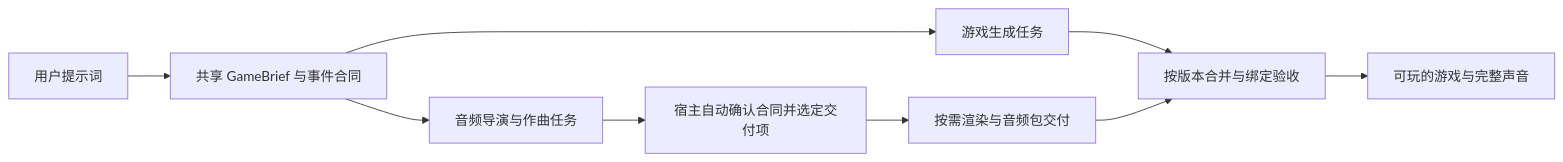
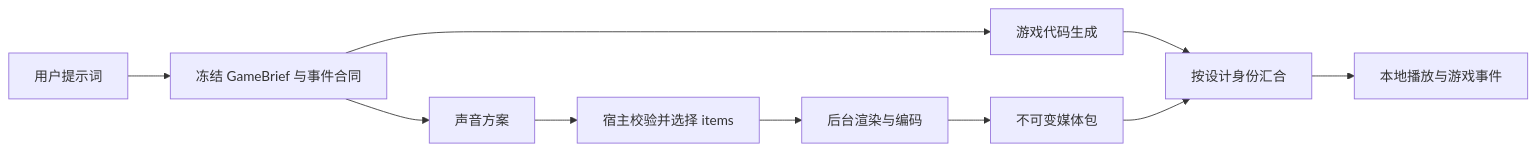
One commit to hsiaozzz/game-audio-lab changed the diagram in docs/PIPELINE-CONTRACT.md. Above: the diagram before and after it, drawn with Mermaid. The commit also changed other lines of this file and 55 other files, not shown here.

````diff
--- a/docs/PIPELINE-CONTRACT.md
+++ b/docs/PIPELINE-CONTRACT.md
@@ -19,11 +5,12 @@
 ```mermaid
 flowchart LR
-    P[用户提示词] --> D[共享 GameBrief 与事件合同]
-    D --> G[游戏生成任务]
-    D --> A[音频导演与作曲任务]
-    A --> C[宿主自动确认合同并选定交付项]
-    C --> R[按需渲染与音频包交付]
-    G --> J[按版本合并与绑定验收]
-    R --> J
-    J --> O[可玩的游戏与完整声音]
+  P[用户提示词] --> B[冻结 GameBrief 与事件合同]
+  B --> G[游戏代码生成]
+  B --> A[声音方案]
+  A --> C[宿主校验并选择 items]
+  C --> R[后台渲染与编码]
+  G --> J[按设计身份汇合]
+  R --> M[不可变媒体包]
+  M --> J
+  J --> L[本地播放与游戏事件]
 ```
````
